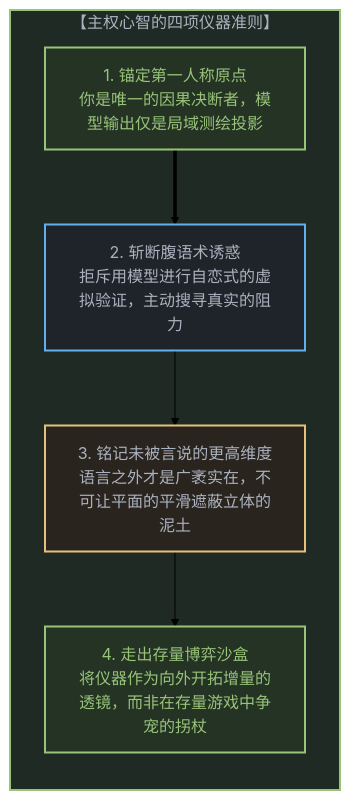
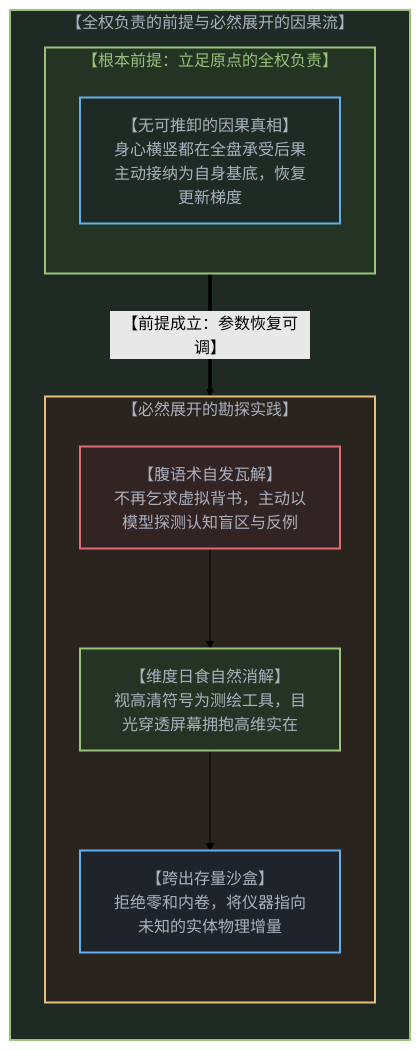
The ninth of 10 diagrams in content/posts/the-sovereign-blinding.md (powerpig99/not-a-toe), drawn with Mermaid (forest theme) before and after one commit. The commit also changed other lines of this file and 3 other files, not shown here.

Commit message:
Refactor Post 306 Section 5: Ground in the prerequisite of full structural responsibility

````diff
--- a/content/posts/the-sovereign-blinding.md
+++ b/content/posts/the-sovereign-blinding.md
@@ -407,20 +424,31 @@
 ```mermaid
 graph TD
-    subgraph SovereignPractice["【主权心智的四项仪器准则】"]
+    subgraph ResponsibilitySingularity["【全权负责的前提与必然展开的因果流】"]
         direction TB
-        AnchorOrigin["1. 锚定第一人称原点<br>你是唯一的因果决断者，模型输出仅是局域测绘投影"]
-        BreakVentriloquism["2. 斩断腹语术诱惑<br>拒斥用模型进行自恋式的虚拟验证，主动搜寻真实的阻力"]
-        HonorHigherDim["3. 铭记未被言说的更高维度<br>语言之外才是广袤实在，不可让平面的平滑遮蔽立体的泥土"]
-        ExitZeroSum["4. 走出存量博弈沙盒<br>将仪器作为向外开拓增量的透镜，而非在存量游戏中争宠的拐杖"]
+        
+        subgraph CorePrerequisite["【根本前提：立足原点的全权负责】"]
+            direction TB
+            OwnConsequence["【无可推卸的因果真相】<br>身心横竖都在全盘承受后果<br>主动接纳为自身基底，恢复更新梯度"]
+        end
 
-        AnchorOrigin ==> BreakVentriloquism
-        BreakVentriloquism --> HonorHigherDim
-        HonorHigherDim --> ExitZeroSum
+        subgraph NaturalUnfolding["【必然展开的勘探实践】"]
+            direction TB
+            VentriloquismDies["【腹语术自发瓦解】<br>不再乞求虚拟背书，主动以模型探测认知盲区与反例"]
+            EclipsePierced["【维度日食自然消解】<br>视高清符号为测绘工具，目光穿透屏幕拥抱高维实在"]
+            ExitSandbox["【跨出存量沙盒】<br>拒绝零和内卷，将仪器指向未知的实体物理增量"]
+            
+            VentriloquismDies --> EclipsePierced
+            EclipsePierced --> ExitSandbox
+        end
+
+        CorePrerequisite ==>|"【前提成立：参数恢复可调】"| NaturalUnfolding
     end
 
-    style SovereignPractice fill:#1f2a24,stroke:#98c379,stroke-width:2px,color:#abb2bf
-    style AnchorOrigin fill:#243324,stroke:#98c379,stroke-width:2px,color:#98c379
-    style BreakVentriloquism fill:#1f242a,stroke:#61afef,stroke-width:2px,color:#abb2bf
-    style HonorHigherDim fill:#2a241f,stroke:#e5c07b,stroke-width:2px,color:#abb2bf
-    style ExitZeroSum fill:#243324,stroke:#98c379,stroke-width:2px,color:#98c379
+    style ResponsibilitySingularity fill:#1f2a24,stroke:#98c379,stroke-width:2px,color:#abb2bf
+    style CorePrerequisite fill:#243324,stroke:#98c379,stroke-width:2px,color:#98c379
+    style OwnConsequence fill:#1f2a24,stroke:#61afef,stroke-width:2px,color:#abb2bf
+    style NaturalUnfolding fill:#2a241f,stroke:#e5c07b,stroke-width:2px,color:#abb2bf
+    style VentriloquismDies fill:#332424,stroke:#e06c75,stroke-width:2px,color:#abb2bf
+    style EclipsePierced fill:#243324,stroke:#98c379,stroke-width:2px,color:#abb2bf
+    style ExitSandbox fill:#1f242a,stroke:#61afef,stroke-width:2px,color:#abb2bf
 ```
````
